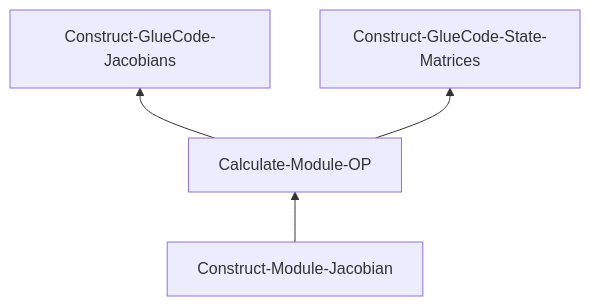
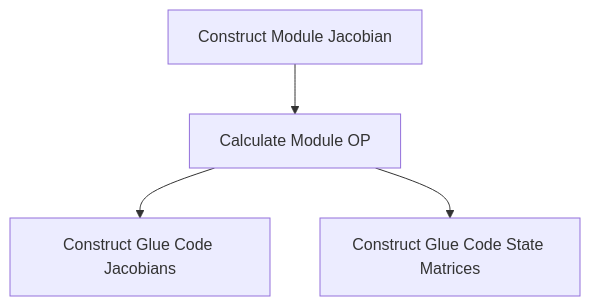
The diagram in docs/source/dev/performance.rst (OpenFAST/openfast), drawn with Mermaid before and after one commit. The commit also changed other lines of this file, not shown here.

Commit message:
Suggest sparse matrix for Jacobain

```diff
--- a/docs/source/dev/performance.rst
+++ b/docs/source/dev/performance.rst
@@ -439,6 +439,6 @@
 .. mermaid::
 
-  graph BT;
-    Calculate-Module-OP-->Construct-GlueCode-Jacobians;
-    Calculate-Module-OP-->Construct-GlueCode-State-Matrices;
-    Construct-Module-Jacobian-->Calculate-Module-OP;
+  graph TD;
+    D[Construct Module Jacobian]-->A[Calculate Module OP];
+    A[Calculate Module OP]-->B[Construct Glue Code Jacobians];
+    A[Calculate Module OP]-->C[Construct Glue Code State Matrices];
```
